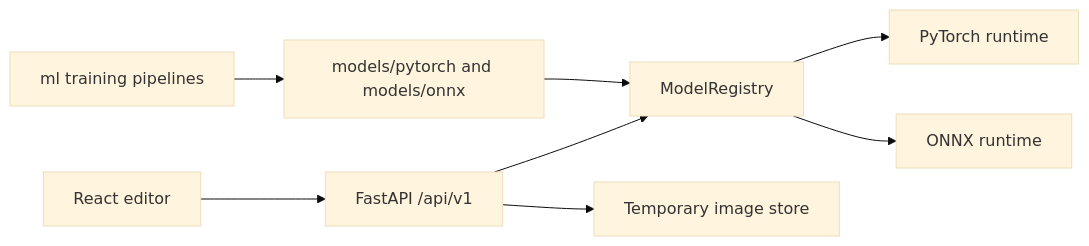
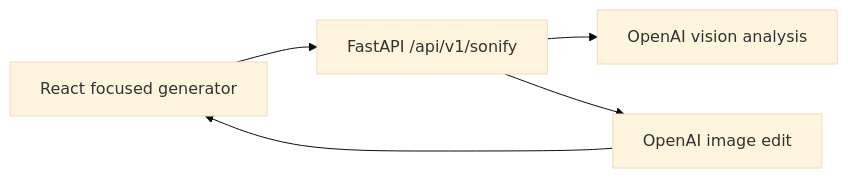
One commit to abckids1202/SonMeme changed the diagram in README.md. Above: the diagram before and after it, drawn with Mermaid (base theme). The commit also changed other lines of this file and 22 other files, not shown here.

````diff
--- a/README.md
+++ b/README.md
@@ -9,10 +9,7 @@
 ```mermaid
 flowchart LR
-  UI["React editor"] --> API["FastAPI /api/v1"]
-  API --> Registry["ModelRegistry"]
-  Registry --> PT["PyTorch runtime"]
-  Registry --> OX["ONNX runtime"]
-  API --> Temp["Temporary image store"]
-  Train["ml training pipelines"] --> Models["models/pytorch and models/onnx"]
-  Models --> Registry
+  UI["React focused generator"] --> API["FastAPI /api/v1/sonify"]
+  API --> Vision["OpenAI vision analysis"]
+  API --> Image["OpenAI image edit"]
+  Image --> UI
 ```
````
